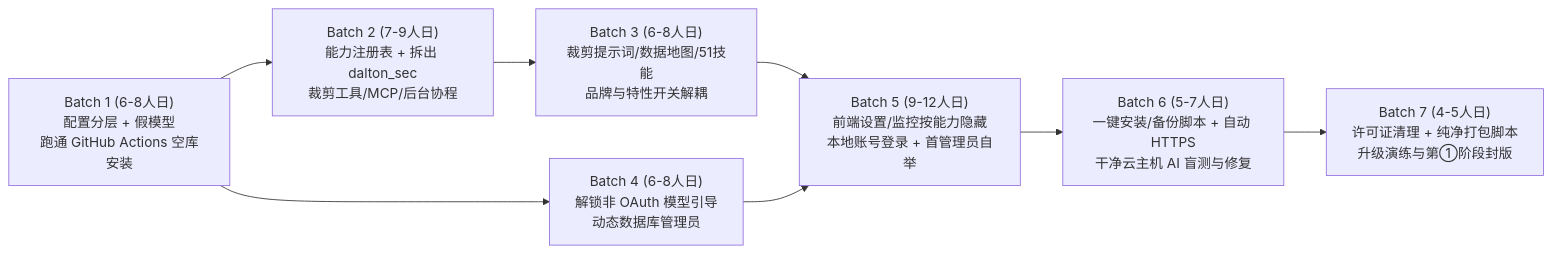
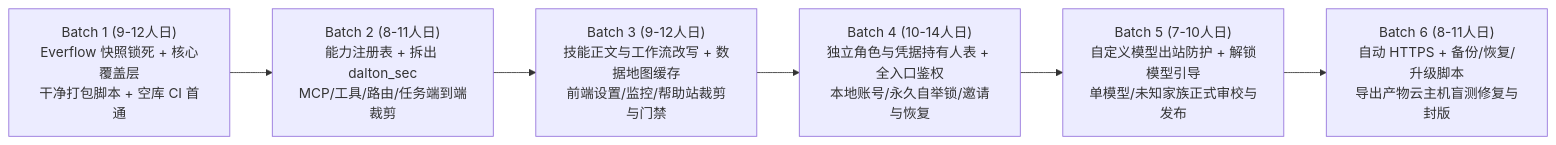
Before and after one commit to everflowinv/dalton-langalpha: the third of 3 diagrams in docs/dalton/features/standalone-core.md, drawn with Mermaid. The commit also changed other lines of this file, not shown here.

````diff
--- a/docs/dalton/features/standalone-core.md
+++ b/docs/dalton/features/standalone-core.md
@@ -347,10 +368,8 @@
 ```mermaid
 flowchart LR
-    B1["Batch 1 (6-8人日)<br/>配置分层 + 假模型<br/>跑通 GitHub Actions 空库安装"] --> B2["Batch 2 (7-9人日)<br/>能力注册表 + 拆出 dalton_sec<br/>裁剪工具/MCP/后台协程"]
-    B1 --> B4["Batch 4 (6-8人日)<br/>解锁非 OAuth 模型引导<br/>动态数据库管理员"]
-    B2 --> B3["Batch 3 (6-8人日)<br/>裁剪提示词/数据地图/51技能<br/>品牌与特性开关解耦"]
-    B3 --> B5["Batch 5 (9-12人日)<br/>前端设置/监控按能力隐藏<br/>本地账号登录 + 首管理员自举"]
-    B4 --> B5
-    B5 --> B6["Batch 6 (5-7人日)<br/>一键安装/备份脚本 + 自动 HTTPS<br/>干净云主机 AI 盲测与修复"]
-    B6 --> B7["Batch 7 (4-5人日)<br/>许可证清理 + 纯净打包脚本<br/>升级演练与第①阶段封版"]
+    B1["Batch 1 (9-12人日)<br/>Everflow 快照锁死 + 核心覆盖层<br/>干净打包脚本 + 空库 CI 首通"] --> B2["Batch 2 (8-11人日)<br/>能力注册表 + 拆出 dalton_sec<br/>MCP/工具/路由/任务端到端裁剪"]
+    B2 --> B3["Batch 3 (9-12人日)<br/>技能正文与工作流改写 + 数据地图缓存<br/>前端设置/监控/帮助站裁剪与门禁"]
+    B3 --> B4["Batch 4 (10-14人日)<br/>独立角色与凭据持有人表 + 全入口鉴权<br/>本地账号/永久自举锁/邀请与恢复"]
+    B4 --> B5["Batch 5 (7-10人日)<br/>自定义模型出站防护 + 解锁模型引导<br/>单模型/未知家族正式审校与发布"]
+    B5 --> B6["Batch 6 (8-11人日)<br/>自动 HTTPS + 备份/恢复/升级脚本<br/>导出产物云主机盲测修复与封版"]
 ```
````
